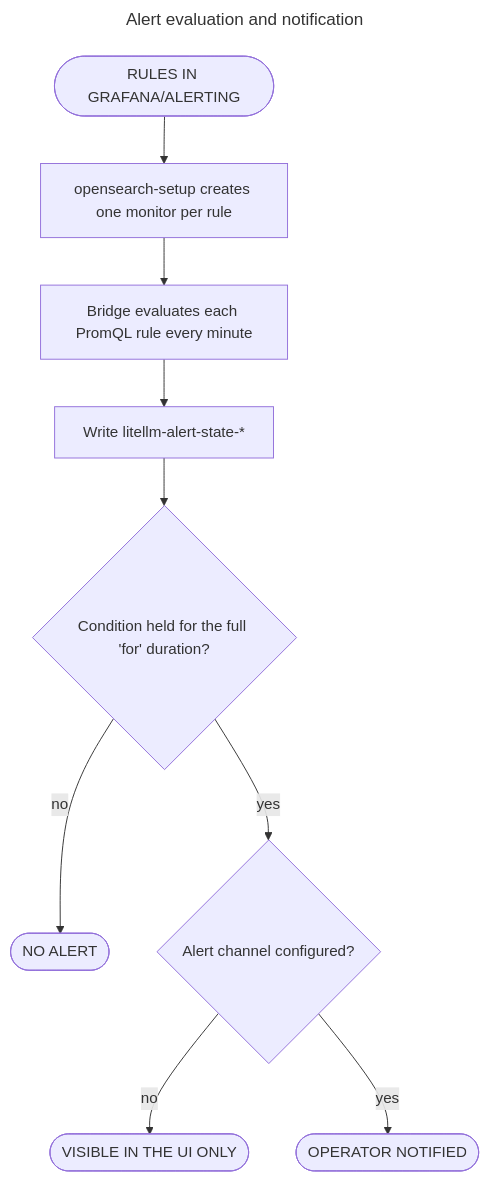
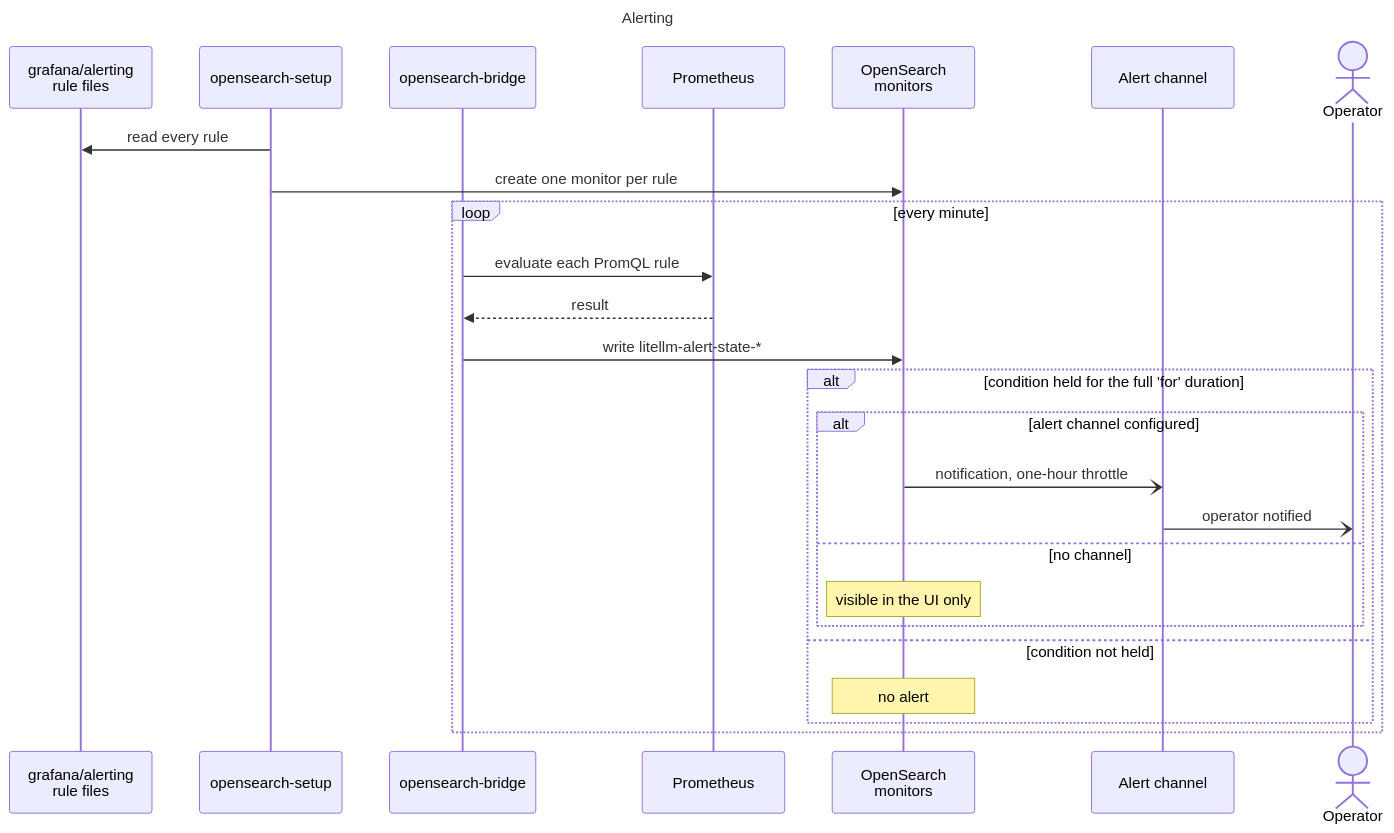
Before and after one commit to bella-1337/effective-spoon: the diagram in diagrams/15-alerting-flow.mmd, drawn with Mermaid. The commit also changed 27 other files, not shown here.

First line of the commit message:
Draw the flow diagrams as animated sequence diagrams

```diff
--- a/diagrams/15-alerting-flow.mmd
+++ b/diagrams/15-alerting-flow.mmd
@@ -1,26 +1,34 @@
 ---
-title: Alert evaluation and notification
+title: Alerting
 ---
-flowchart TD
+sequenceDiagram
   %% Source for 15-alerting-flow.html. Edit this file, then run ./scripts/render-diagrams.py.
   %% Directives: docs in diagrams/README.md (Updating diagrams).
   %% @subtitle Grafana rule files stay the single source; the bridge and OpenSearch monitors turn them into notifications
+  %% @type database: G OS P
+  %% @type external: CH
+  participant G as grafana/alerting<br/>rule files
+  participant SET as opensearch-setup
+  participant BR as opensearch-bridge
+  participant P as Prometheus
+  participant OS as OpenSearch<br/>monitors
+  participant CH as Alert channel
+  actor OP as Operator
 
-  S(["RULES IN GRAFANA/ALERTING"])
-  SET["opensearch-setup creates one monitor per rule"]
-  EV["Bridge evaluates each PromQL rule every minute"]
-  ST["Write litellm-alert-state-*"]
-  FOR{"Condition held for the full 'for' duration?"}
-  OK(["NO ALERT"])
-  CHN{"Alert channel configured?"}
-  UI(["VISIBLE IN THE UI ONLY"])
-  E(["OPERATOR NOTIFIED"])
-
-  S --> SET
-  SET --> EV
-  EV --> ST
-  ST --> FOR
-  FOR -->|"no"| OK
-  FOR -->|"yes"| CHN
-  CHN -->|"no"| UI
-  CHN -->|"yes"| E
+  SET->>G: read every rule
+  SET->>OS: create one monitor per rule
+  loop every minute
+    BR->>P: evaluate each PromQL rule
+    P-->>BR: result
+    BR->>OS: write litellm-alert-state-*
+    alt condition held for the full 'for' duration
+      alt alert channel configured
+        OS-)CH: notification, one-hour throttle
+        CH-)OP: operator notified
+      else no channel
+        Note over OS: visible in the UI only
+      end
+    else condition not held
+      Note over OS: no alert
+    end
+  end
```
